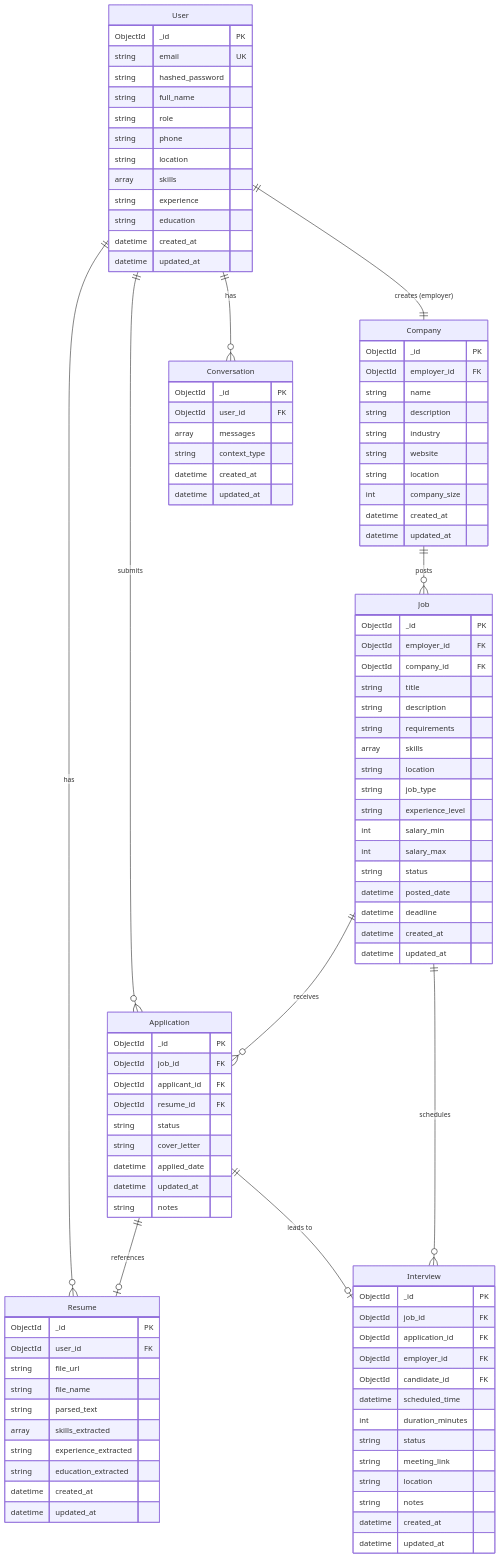
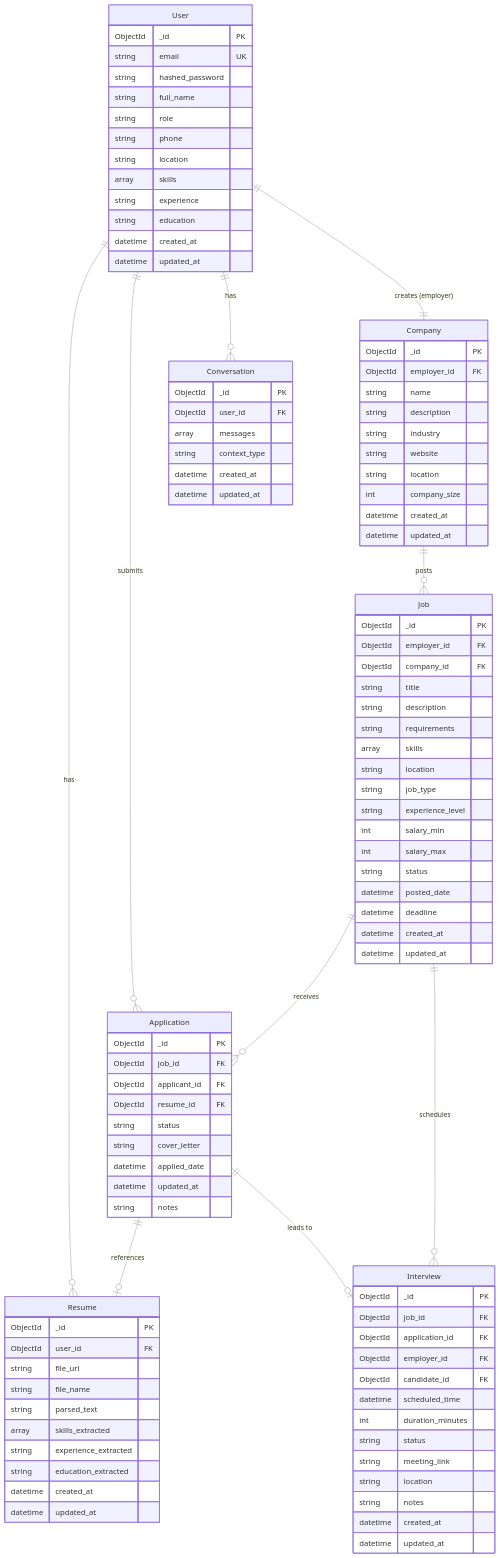
One commit to fly2safa/JobPortal changed the fifth of 5 diagrams in README.md. Above: the diagram before and after it, drawn with Mermaid. The commit also changed other lines of this file and 1 other file, not shown here.

````diff
--- a/README.md
+++ b/README.md
@@ -606,5 +728,5 @@
 ```mermaid
-%%{init: {'theme':'default', 'themeVariables': { 'lineColor':'#000000', 'primaryBorderColor':'#000000', 'tertiaryColor':'#ffffff'}}}%%
+%%{init: {'theme':'default', 'themeVariables': { 'lineColor':'#999999', 'primaryBorderColor':'#999999'}}}%%
 erDiagram
     User ||--o{ Resume : "has"
     User ||--o{ Application : "submits"
````
